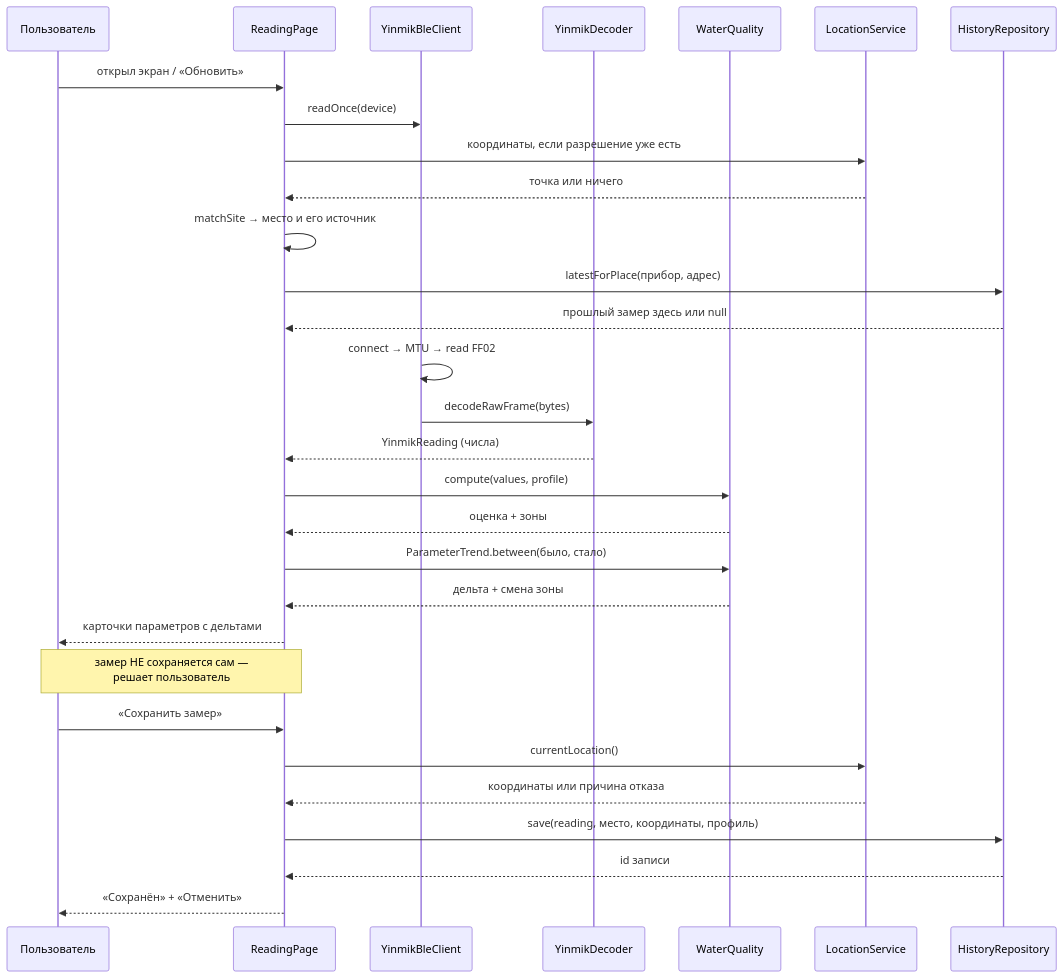
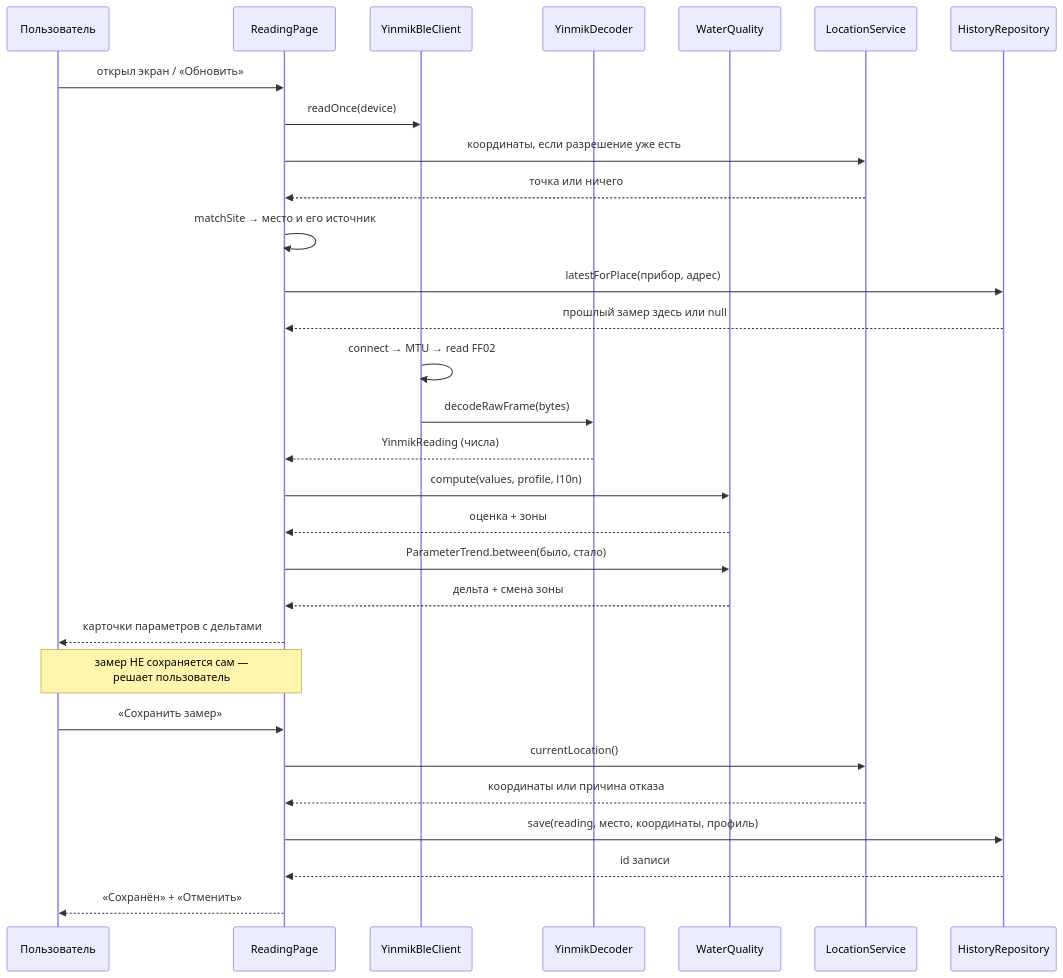
One commit to EugeneSoftwareDeveloper/SmartHomeWaterAnalyzer changed the second of 2 diagrams in docs/01-architecture.md. Above: the diagram before and after it, drawn with Mermaid. The commit also changed other lines of this file and 7 other files, not shown here.

````diff
--- a/docs/01-architecture.md
+++ b/docs/01-architecture.md
@@ -91,35 +91,35 @@
 ```mermaid
 sequenceDiagram
     participant U as Пользователь
     participant R as ReadingPage
     participant C as YinmikBleClient
     participant D as YinmikDecoder
     participant Q as WaterQuality
     participant L as LocationService
     participant H as HistoryRepository
 
     U->>R: открыл экран / «Обновить»
     R->>C: readOnce(device)
     R->>L: координаты, если разрешение уже есть
     L-->>R: точка или ничего
     R->>R: matchSite → место и его источник
     R->>H: latestForPlace(прибор, адрес)
     H-->>R: прошлый замер здесь или null
     C->>C: connect → MTU → read FF02
     C->>D: decodeRawFrame(bytes)
     D-->>R: YinmikReading (числа)
-    R->>Q: compute(values, profile)
+    R->>Q: compute(values, profile, l10n)
     Q-->>R: оценка + зоны
     R->>Q: ParameterTrend.between(было, стало)
     Q-->>R: дельта + смена зоны
     R-->>U: карточки параметров с дельтами
 
     Note over R,U: замер НЕ сохраняется сам —<br/>решает пользователь
 
     U->>R: «Сохранить замер»
     R->>L: currentLocation()
     L-->>R: координаты или причина отказа
     R->>H: save(reading, место, координаты, профиль)
     H-->>R: id записи
     R-->>U: «Сохранён» + «Отменить»
 ```
````
